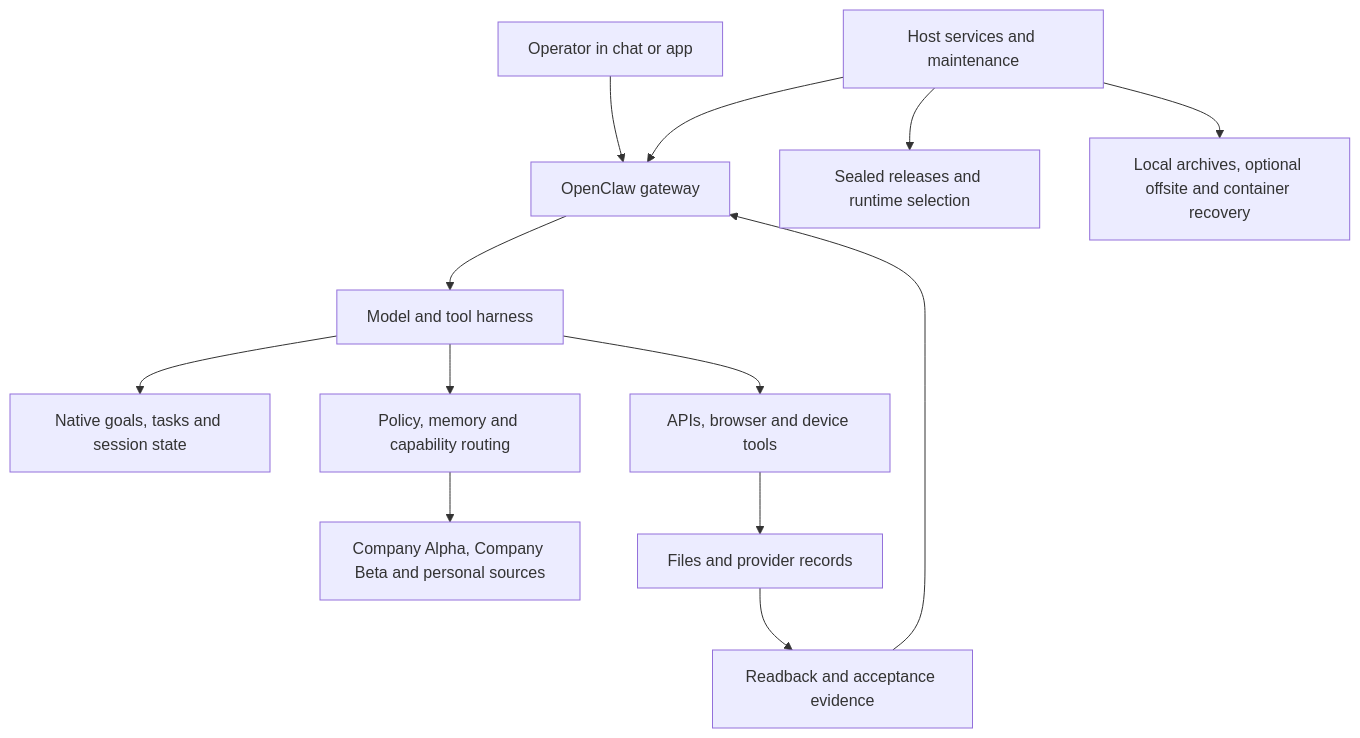
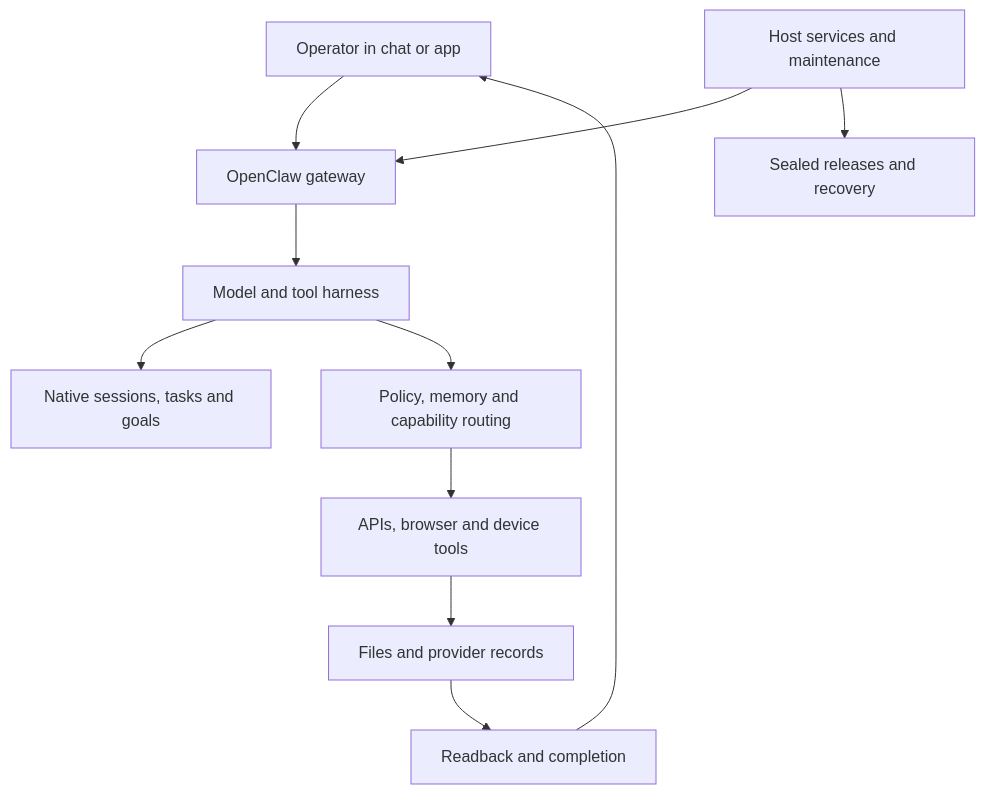
The diagram in README.md (josephbergvinson/openclaw-control-plane), drawn with Mermaid before and after one commit. The commit also changed other lines of this file and 25 other files, not shown here.

Commit message:
docs: refresh public architecture and reconstructable runtime reference

````diff
--- a/README.md
+++ b/README.md
@@ -338,15 +15,13 @@
 ```mermaid
 flowchart TD
     Operator[Operator in chat or app] --> Gateway[OpenClaw gateway]
     Gateway --> Runtime[Model and tool harness]
-    Runtime --> Native[Native goals, tasks and session state]
+    Runtime --> Tasks[Native sessions, tasks and goals]
     Runtime --> Workspace[Policy, memory and capability routing]
-    Workspace --> Sources[Company Alpha, Company Beta and personal sources]
-    Runtime --> Tools[APIs, browser and device tools]
+    Workspace --> Tools[APIs, browser and device tools]
     Tools --> Effects[Files and provider records]
-    Effects --> Evidence[Readback and acceptance evidence]
-    Evidence --> Gateway
+    Effects --> Verify[Readback and completion]
+    Verify --> Operator
     Host[Host services and maintenance] --> Gateway
-    Host --> Releases[Sealed releases and runtime selection]
-    Host --> Recovery[Local archives, optional offsite and container recovery]
+    Host --> Releases[Sealed releases and recovery]
 ```
````
